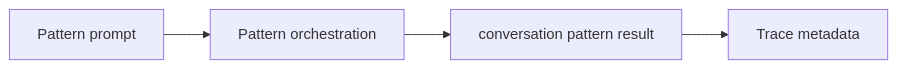
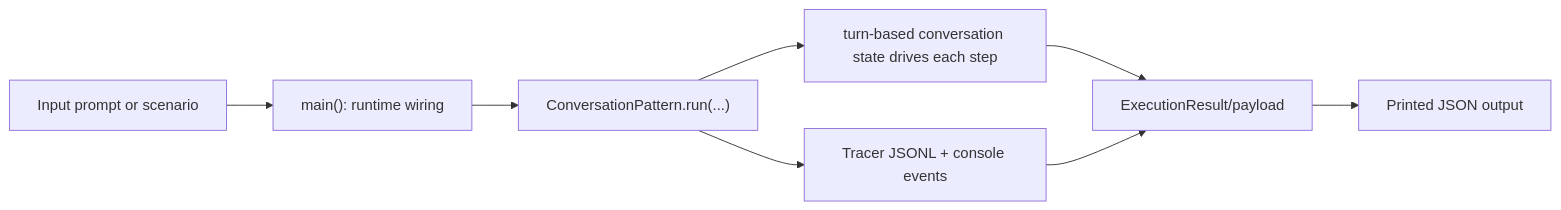
One commit to cmudrc/design-research-agents changed the diagram in docs/examples/patterns/conversation_pattern.rst. Above: the diagram before and after it, drawn with Mermaid. The commit also changed other lines of this file and 83 other files, not shown here.

```diff
--- a/docs/examples/patterns/conversation_pattern.rst
+++ b/docs/examples/patterns/conversation_pattern.rst
@@ -21,6 +23,10 @@
 .. mermaid::
 
    flowchart LR
-       A["Pattern prompt"] --> B["Pattern orchestration"]
-       B --> C["conversation pattern result"]
-       C --> D["Trace metadata"]
+       A["Input prompt or scenario"] --> B["main(): runtime wiring"]
+       B --> C["ConversationPattern.run(...)"]
+       C --> D["turn-based conversation state drives each step"]
+       C --> E["Tracer JSONL + console events"]
+       D --> F["ExecutionResult/payload"]
+       E --> F
+       F --> G["Printed JSON output"]
```
